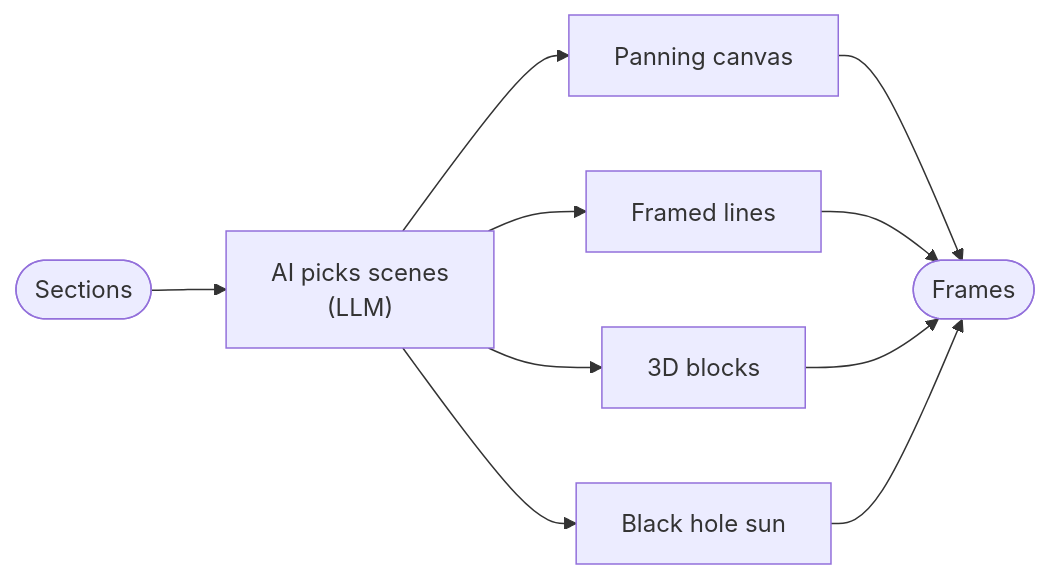
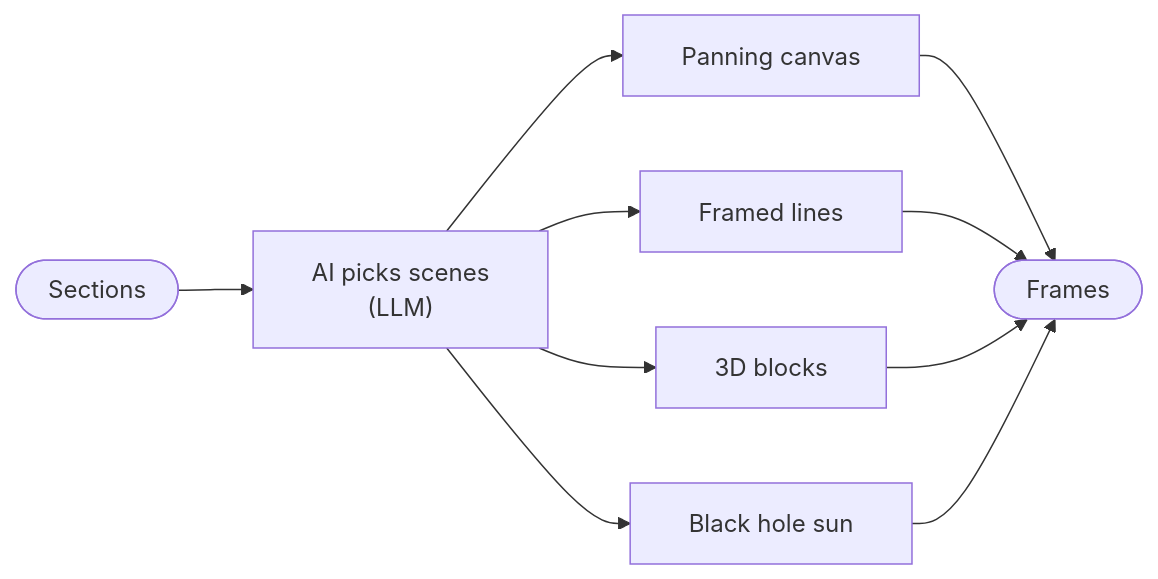
The second of 2 diagrams in README.md (joncastillo/Kinetic_Lyrics), drawn with Mermaid before and after one commit. The commit also changed other lines of this file and 1 other file, not shown here.

First line of the commit message:
Keep README diagram labels from being clipped on GitHub

````diff
--- a/README.md
+++ b/README.md
@@ -187,9 +187,9 @@
 ```mermaid
 flowchart LR
-    S([Sections]) --> A["AI picks scenes<br/>(LLM)"]
-    A --> P[Panning canvas]
-    A --> F[Framed lines]
-    A --> B[3D blocks]
-    A --> C[Black hole sun]
-    P & F & B & C --> V([Frames])
+    S(["#nbsp;#nbsp;Sections#nbsp;#nbsp;"]) --> A["#nbsp;#nbsp;AI picks scenes#nbsp;#nbsp;<br/>(LLM)"]
+    A --> P["#nbsp;#nbsp;Panning canvas#nbsp;#nbsp;"]
+    A --> F["#nbsp;#nbsp;Framed lines#nbsp;#nbsp;"]
+    A --> B["#nbsp;#nbsp;3D blocks#nbsp;#nbsp;"]
+    A --> C["#nbsp;#nbsp;Black hole sun#nbsp;#nbsp;"]
+    P & F & B & C --> V(["#nbsp;#nbsp;Frames#nbsp;#nbsp;"])
 ```
````
